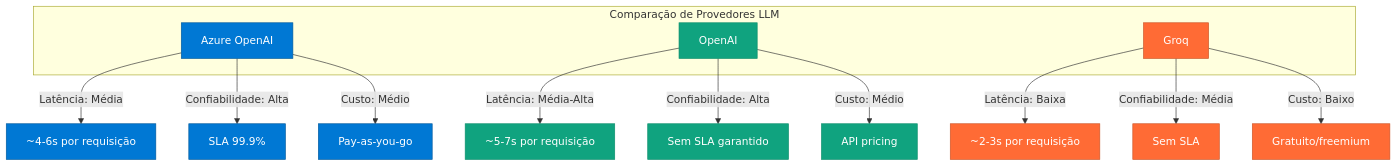
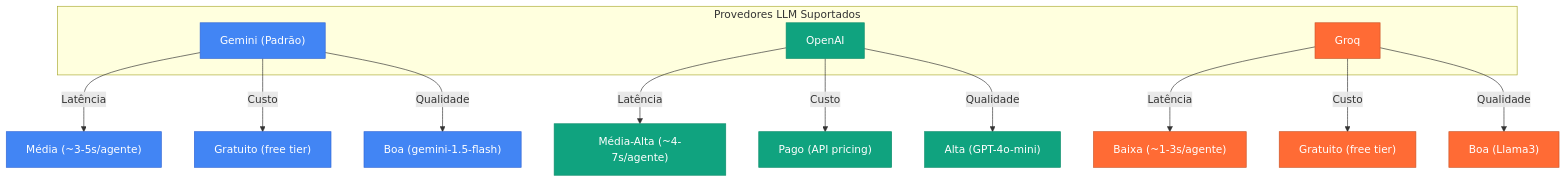
The eighth of 8 diagrams in README.md (cairocruz/hubAgentsV2), drawn with Mermaid before and after one commit. The commit also changed other lines of this file, not shown here.

````diff
--- a/README.md
+++ b/README.md
@@ -1099,28 +669,28 @@
 ```mermaid
 graph TB
-    subgraph "Comparação de Provedores LLM"
-        A[Azure OpenAI]
-        B[OpenAI]
-        C[Groq]
+    subgraph "Provedores LLM Suportados"
+        A["Gemini (Padrão)"]
+        B["OpenAI"]
+        C["Groq"]
     end
-    
-    A -->|Latência: Média| A1[~4-6s por requisição]
-    A -->|Confiabilidade: Alta| A2[SLA 99.9%]
-    A -->|Custo: Médio| A3[Pay-as-you-go]
-    
-    B -->|Latência: Média-Alta| B1[~5-7s por requisição]
-    B -->|Confiabilidade: Alta| B2[Sem SLA garantido]
-    B -->|Custo: Médio| B3[API pricing]
-    
-    C -->|Latência: Baixa| C1[~2-3s por requisição]
-    C -->|Confiabilidade: Média| C2[Sem SLA]
-    C -->|Custo: Baixo| C3[Gratuito/freemium]
-    
-    classDef azure fill:#0078d4,stroke:#005a9e,color:#fff
+
+    A -->|Latência| A1["Média (~3-5s/agente)"]
+    A -->|Custo| A2["Gratuito (free tier)"]
+    A -->|Qualidade| A3["Boa (gemini-1.5-flash)"]
+
+    B -->|Latência| B1["Média-Alta (~4-7s/agente)"]
+    B -->|Custo| B2["Pago (API pricing)"]
+    B -->|Qualidade| B3["Alta (GPT-4o-mini)"]
+
+    C -->|Latência| C1["Baixa (~1-3s/agente)"]
+    C -->|Custo| C2["Gratuito (free tier)"]
+    C -->|Qualidade| C3["Boa (Llama3)"]
+
+    classDef gemini fill:#4285F4,stroke:#3367D6,color:#fff
     classDef openai fill:#10a37f,stroke:#0d8f6c,color:#fff
     classDef groq fill:#ff6b35,stroke:#cc5629,color:#fff
-    
-    class A,A1,A2,A3 azure
+
+    class A,A1,A2,A3 gemini
     class B,B1,B2,B3 openai
     class C,C1,C2,C3 groq
 ```
````
